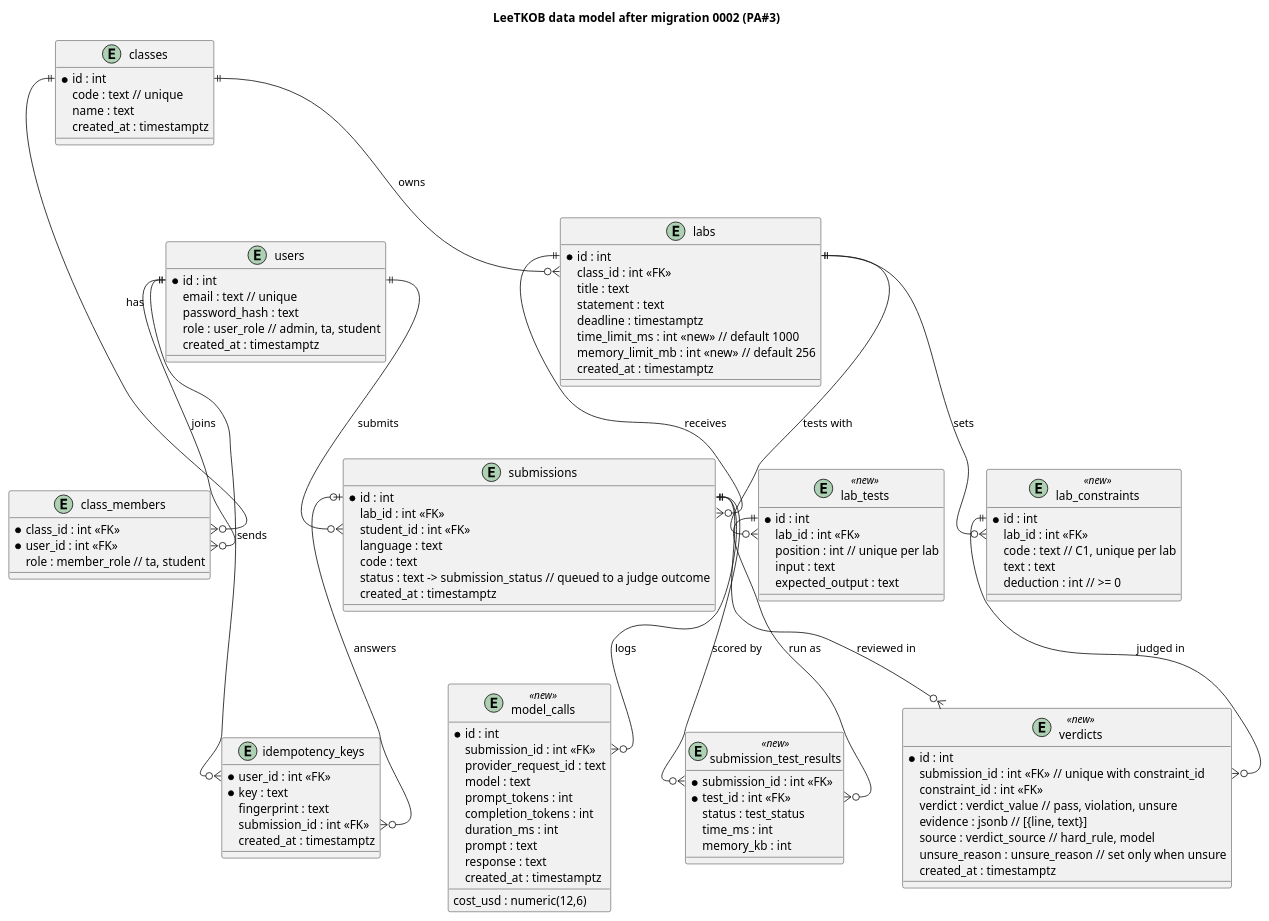
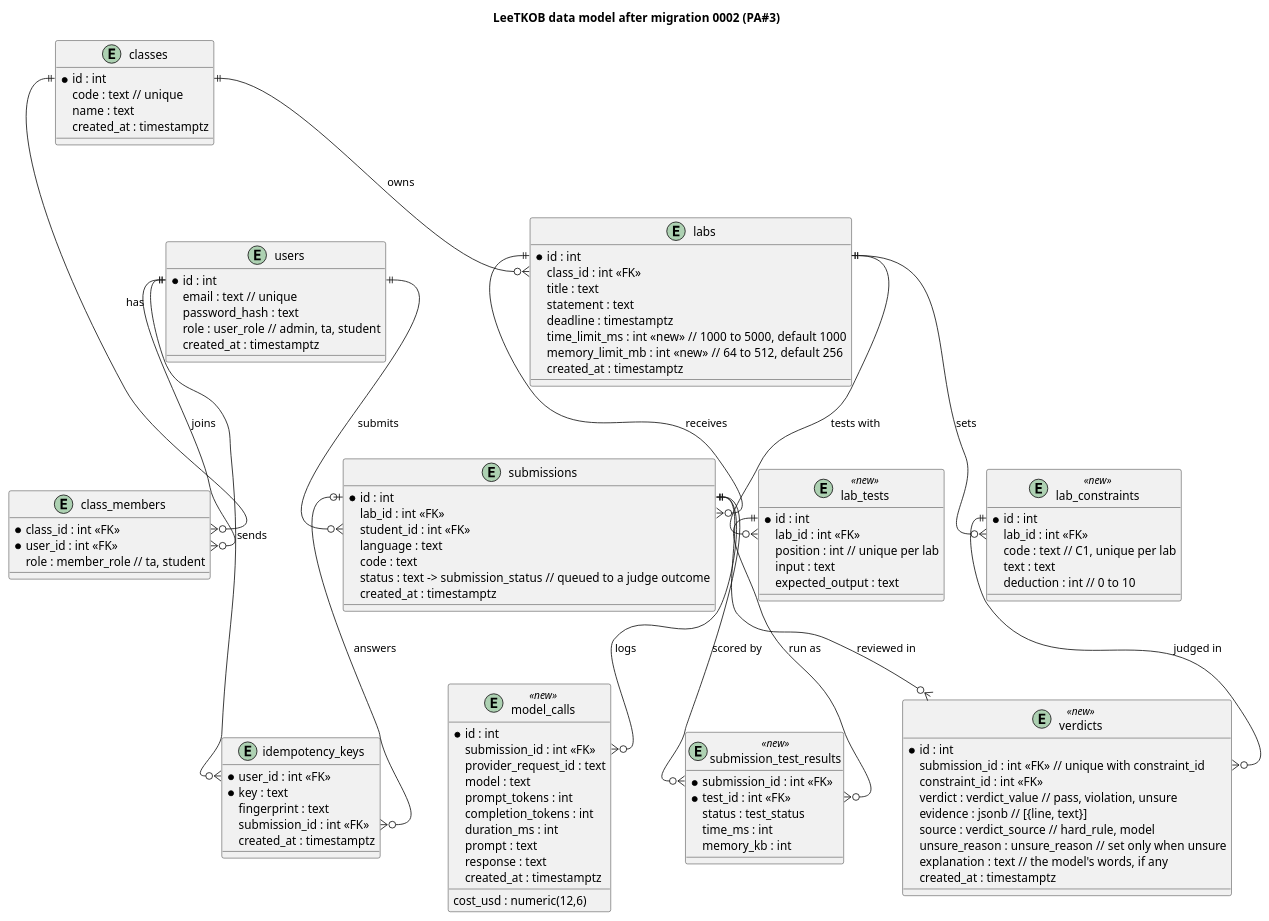
One commit to xyberr81/CSC13114-AWAD-FinalProject changed the diagram in docs/diagrams/data-model.puml. Above: the diagram before and after it, drawn with PlantUML. The commit also changed 4 other files, not shown here.

Commit message:
schema: limit ranges, results kept with their test, a verdict's explanation

```diff
--- a/docs/diagrams/data-model.puml
+++ b/docs/diagrams/data-model.puml
@@ -1,105 +1,106 @@
 title LeeTKOB data model after migration 0002 (PA#3)
 
 entity users {
   * id : int
   email : text // unique
   password_hash : text
   role : user_role // admin, ta, student
   created_at : timestamptz
 }
 entity classes {
   * id : int
   code : text // unique
   name : text
   created_at : timestamptz
 }
 entity class_members {
   * class_id : int <<FK>>
   * user_id : int <<FK>>
   role : member_role // ta, student
 }
 entity labs {
   * id : int
   class_id : int <<FK>>
   title : text
   statement : text
   deadline : timestamptz
-  time_limit_ms : int <<new>> // default 1000
-  memory_limit_mb : int <<new>> // default 256
+  time_limit_ms : int <<new>> // 1000 to 5000, default 1000
+  memory_limit_mb : int <<new>> // 64 to 512, default 256
   created_at : timestamptz
 }
 entity lab_constraints <<new>> {
   * id : int
   lab_id : int <<FK>>
   code : text // C1, unique per lab
   text : text
-  deduction : int // >= 0
+  deduction : int // 0 to 10
 }
 entity lab_tests <<new>> {
   * id : int
   lab_id : int <<FK>>
   position : int // unique per lab
   input : text
   expected_output : text
 }
 entity submissions {
   * id : int
   lab_id : int <<FK>>
   student_id : int <<FK>>
   language : text
   code : text
   status : text -> submission_status // queued to a judge outcome
   created_at : timestamptz
 }
 entity idempotency_keys {
   * user_id : int <<FK>>
   * key : text
   fingerprint : text
   submission_id : int <<FK>>
   created_at : timestamptz
 }
 entity submission_test_results <<new>> {
   * submission_id : int <<FK>>
   * test_id : int <<FK>>
   status : test_status
   time_ms : int
   memory_kb : int
 }
 entity verdicts <<new>> {
   * id : int
   submission_id : int <<FK>> // unique with constraint_id
   constraint_id : int <<FK>>
   verdict : verdict_value // pass, violation, unsure
   evidence : jsonb // [{line, text}]
   source : verdict_source // hard_rule, model
   unsure_reason : unsure_reason // set only when unsure
+  explanation : text // the model's words, if any
   created_at : timestamptz
 }
 entity model_calls <<new>> {
   * id : int
   submission_id : int <<FK>>
   provider_request_id : text
   model : text
   prompt_tokens : int
   completion_tokens : int
   duration_ms : int
   cost_usd : numeric(12,6)
   prompt : text
   response : text
   created_at : timestamptz
 }
 
 classes::id ||--o{ class_members::class_id : has
 users::id ||--o{ class_members::user_id : joins
 classes::id ||--o{ labs::class_id : owns
 labs::id ||--o{ lab_constraints::lab_id : sets
 labs::id ||--o{ lab_tests::lab_id : tests with
 labs::id ||--o{ submissions::lab_id : receives
 users::id ||--o{ submissions::student_id : submits
 users::id ||--o{ idempotency_keys::user_id : sends
 submissions::id |o--o{ idempotency_keys::submission_id : answers
 submissions::id ||--o{ submission_test_results::submission_id : scored by
 lab_tests::id ||--o{ submission_test_results::test_id : run as
 submissions::id ||--o{ verdicts::submission_id : reviewed in
 lab_constraints::id ||--o{ verdicts::constraint_id : judged in
 submissions::id ||--o{ model_calls::submission_id : logs
```
